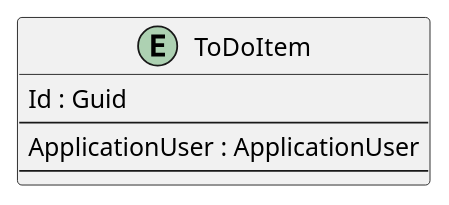
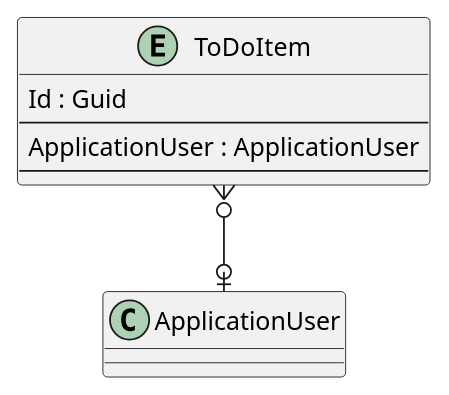
Before and after one commit to intrepion/intrepion_to-do_web_blazor: the diagram in .docs/Intrepion.ToDo.pu, drawn with PlantUML.

```diff
--- a/.docs/Intrepion.ToDo.pu
+++ b/.docs/Intrepion.ToDo.pu
@@ -1,16 +1,17 @@
 @startuml
 
 entity ToDoItem {
     Id : Guid
     --
     ApplicationUser : ApplicationUser
     ' ToDoItemKeyCodePlaceholder
     --
     ' ToDoItemPropertyCodePlaceholder
 }
 
 ' EntityCodePlaceholder
 
+ToDoItem }o--o| ApplicationUser
 ' RelationshipCodePlaceholder
 
 @enduml
```
